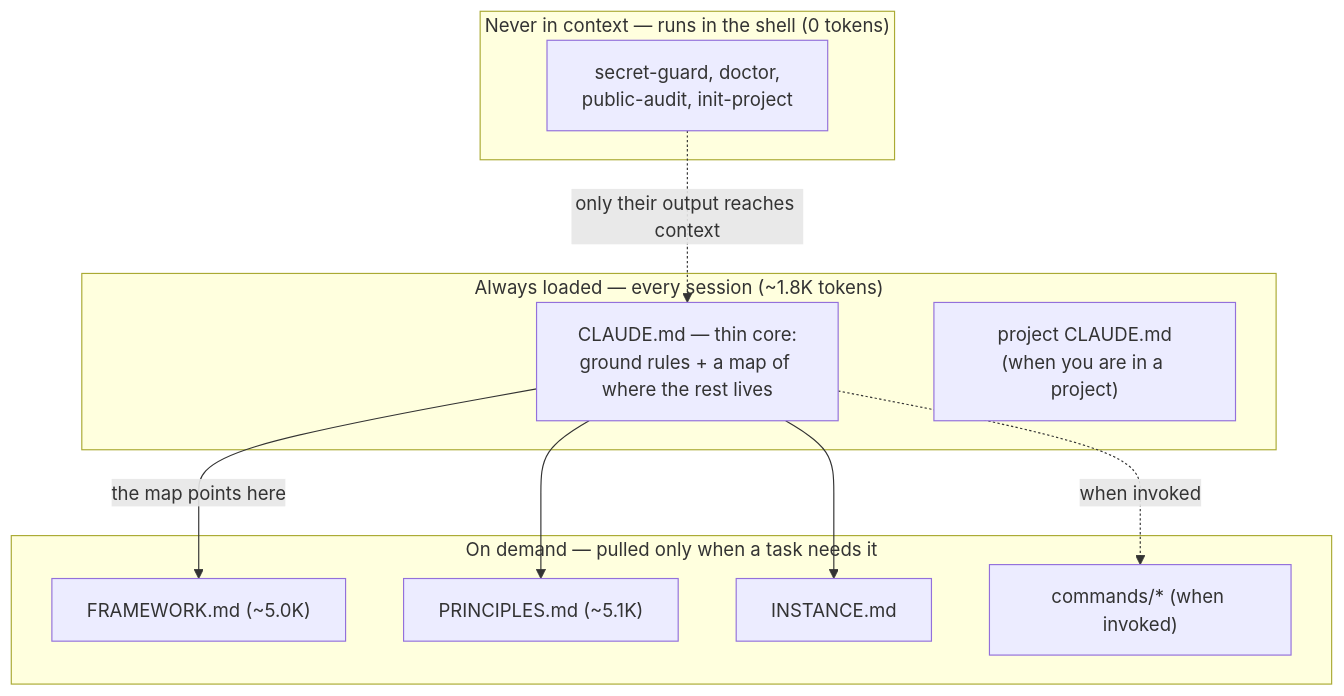
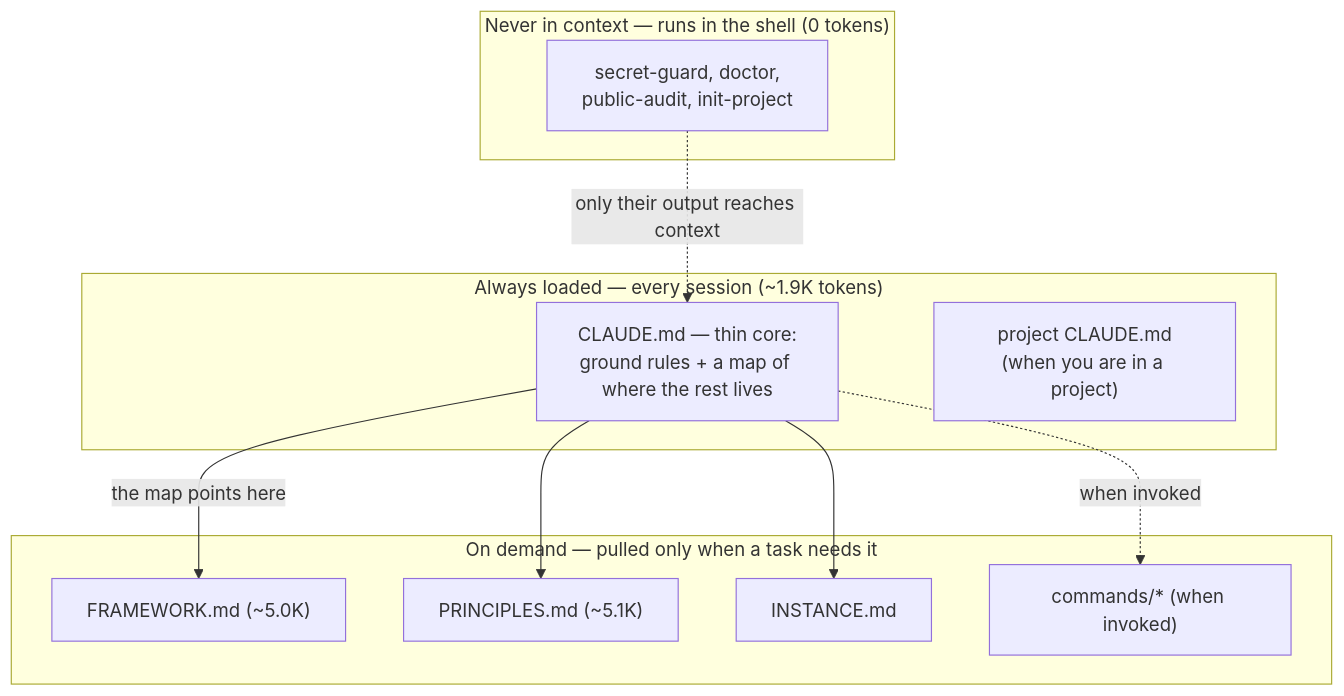
One commit to rockerlabs/keel changed the diagram in README.md. Above: the diagram before and after it, drawn with Mermaid. The commit also changed other lines of this file and 6 other files, not shown here.

````diff
--- a/README.md
+++ b/README.md
@@ -120,21 +120,21 @@
 ```mermaid
 flowchart TD
-    subgraph always["Always loaded — every session (~1.8K tokens)"]
+    subgraph always["Always loaded — every session (~1.9K tokens)"]
         core["CLAUDE.md — thin core:<br/>ground rules + a map of where the rest lives"]
         proj["project CLAUDE.md<br/>(when you are in a project)"]
     end
     subgraph demand["On demand — pulled only when a task needs it"]
         fw["FRAMEWORK.md (~5.0K)"]
         prin["PRINCIPLES.md (~5.1K)"]
         inst["INSTANCE.md"]
         cmd["commands/* (when invoked)"]
     end
     subgraph never["Never in context — runs in the shell (0 tokens)"]
         tools["secret-guard, doctor,<br/>public-audit, init-project"]
     end
     core -->|the map points here| fw
     core --> prin
     core --> inst
     core -.->|when invoked| cmd
     tools -.->|only their output reaches context| core
 ```
````
